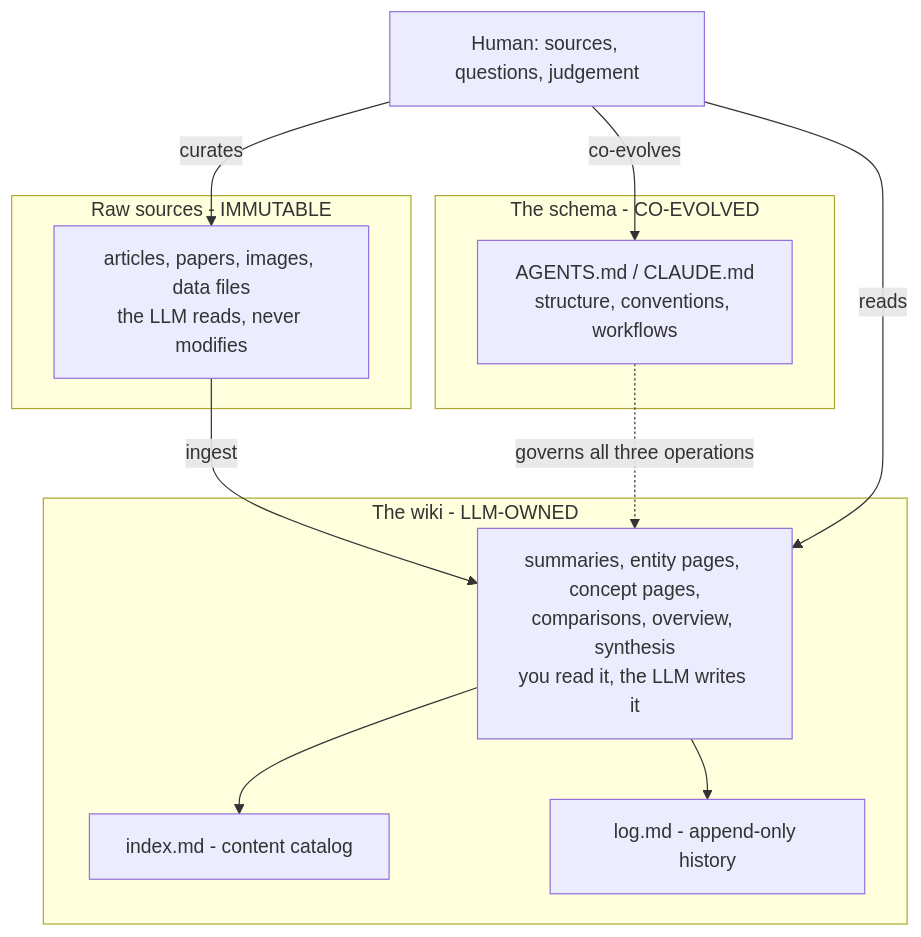
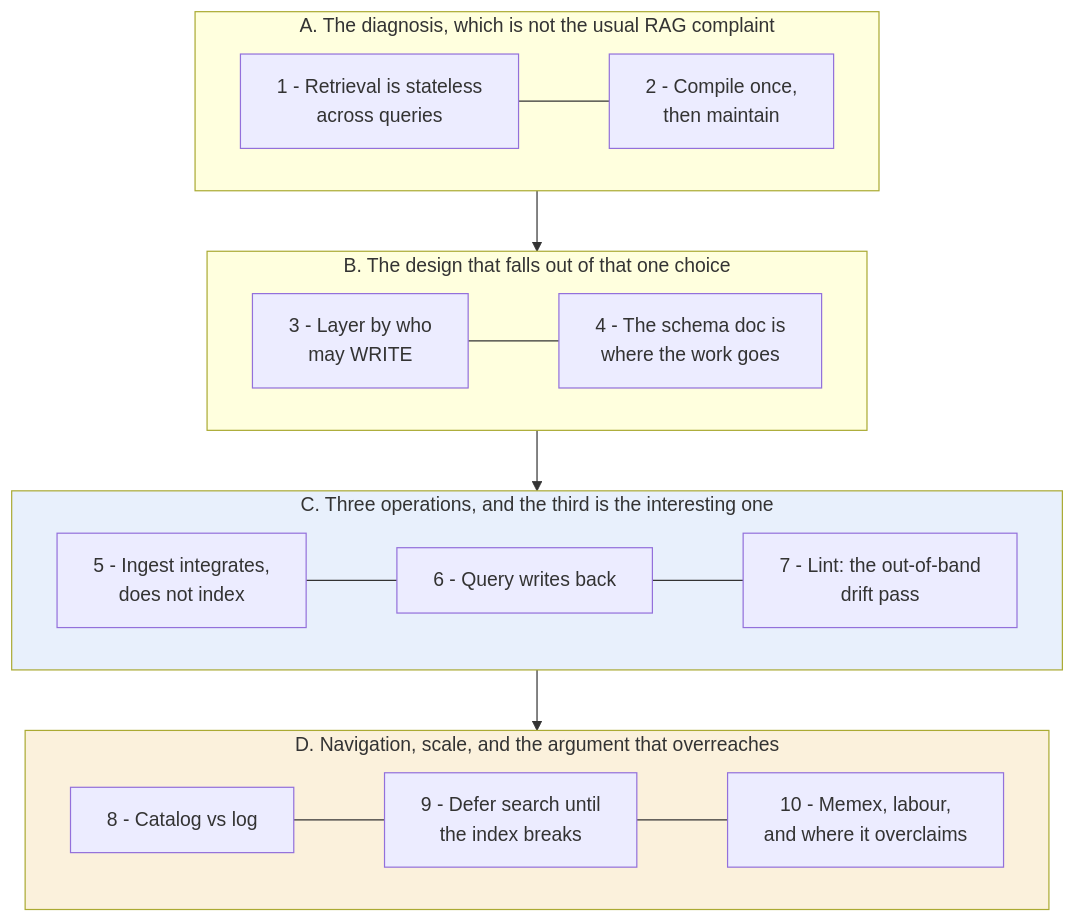
One commit to 0xchamin/mincha_brain changed the first of 2 diagrams in sources/260731_llm-wiki/LEARNING.md. Above: the diagram before and after it, drawn with Mermaid. The commit also changed other lines of this file and 4 other files, not shown here.

````diff
--- a/sources/260731_llm-wiki/LEARNING.md
+++ b/sources/260731_llm-wiki/LEARNING.md
@@ -75,21 +58,29 @@
 ```mermaid
 flowchart TB
-    subgraph L1["Raw sources - IMMUTABLE"]
-        R["articles, papers, images, data files<br/>the LLM reads, never modifies"]
+    subgraph A["A. The diagnosis, which is not the usual RAG complaint"]
+        S1["1 - Retrieval is stateless<br/>across queries"]
+        S2["2 - Compile once,<br/>then maintain"]
     end
-    subgraph L2["The wiki - LLM-OWNED"]
-        W["summaries, entity pages, concept pages,<br/>comparisons, overview, synthesis<br/>you read it, the LLM writes it"]
-        IDX["index.md - content catalog"]
-        LOG["log.md - append-only history"]
+    subgraph B["B. The design that falls out of that one choice"]
+        S3["3 - Layer by who<br/>may WRITE"]
+        S4["4 - The schema doc is<br/>where the work goes"]
     end
-    subgraph L3["The schema - CO-EVOLVED"]
-        S["AGENTS.md / CLAUDE.md<br/>structure, conventions, workflows"]
+    subgraph C["C. Three operations, and the third is the interesting one"]
+        S5["5 - Ingest integrates,<br/>does not index"]
+        S6["6 - Query writes back"]
+        S7["7 - Lint: the out-of-band<br/>drift pass"]
     end
-    R -->|ingest| W
-    W --> IDX
-    W --> LOG
-    S -.->|governs all three operations| W
-    H["Human: sources, questions, judgement"] -->|curates| R
-    H -->|reads| W
-    H -->|co-evolves| S
+    subgraph D["D. Navigation, scale, and the argument that overreaches"]
+        S8["8 - Catalog vs log"]
+        S9["9 - Defer search until<br/>the index breaks"]
+        S10["10 - Memex, labour,<br/>and where it overclaims"]
+    end
+    A --> B --> C --> D
+    S1 --- S2
+    S3 --- S4
+    S5 --- S6 --- S7
+    S8 --- S9 --- S10
+
+    style C fill:#e8f0fc
+    style D fill:#fbf1dc
 ```
````
